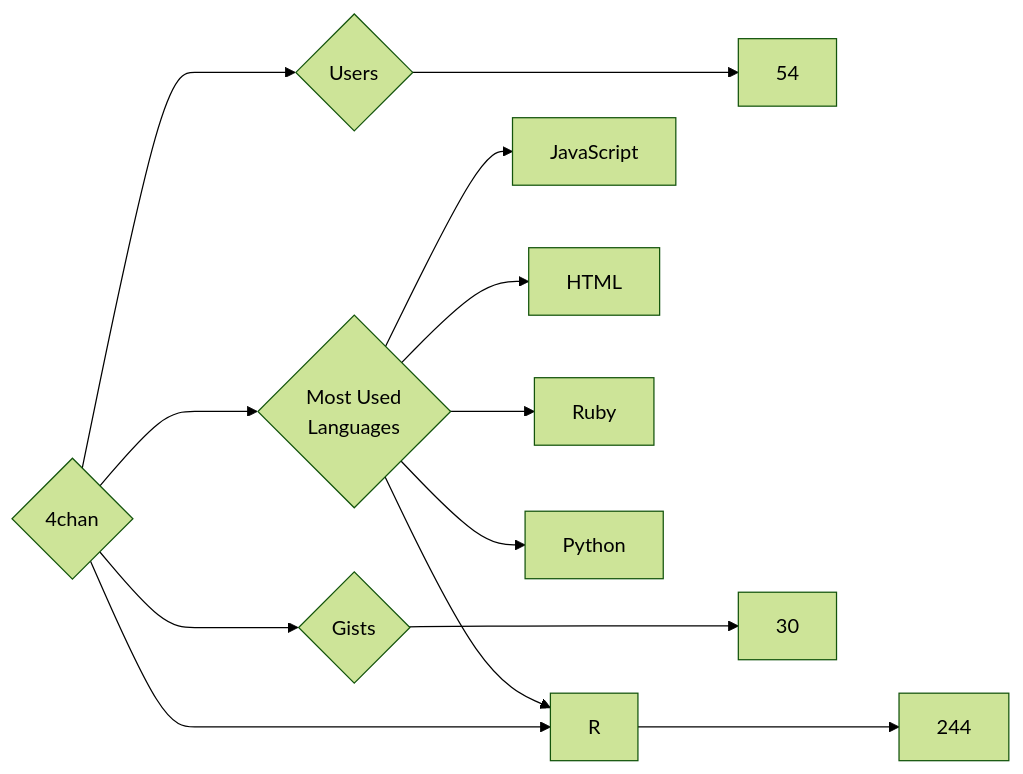
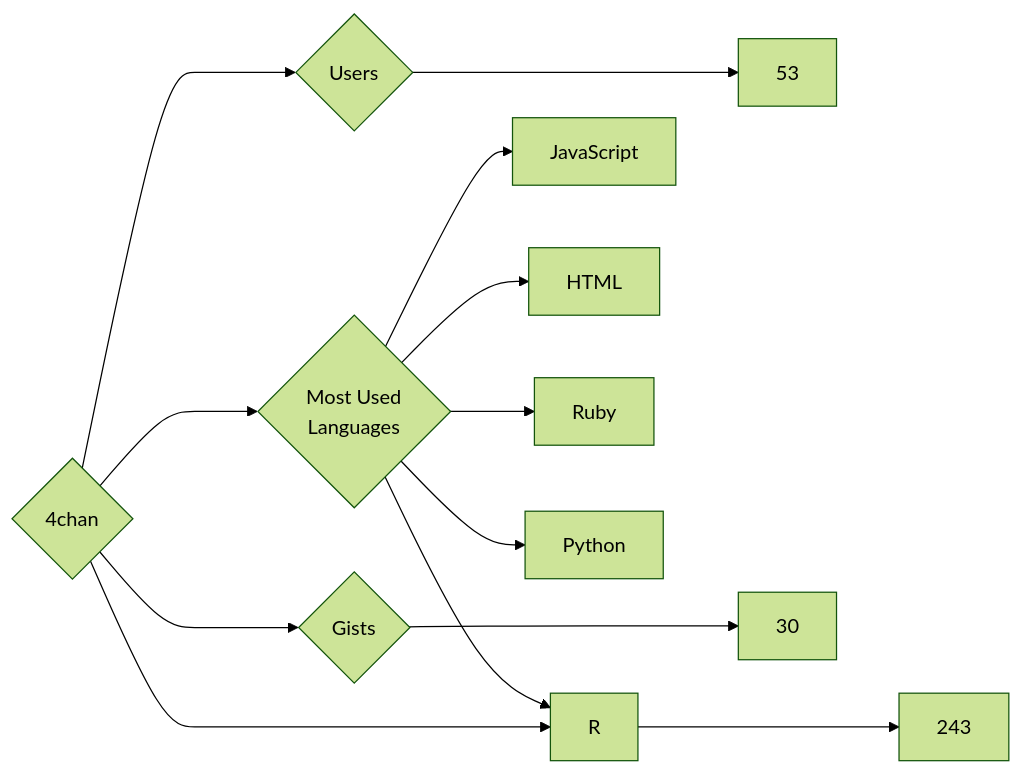
Before and after one commit to trickest/insiders: the diagram in targets/4chan/README.md, drawn with Mermaid (forest theme). The commit also changed 840 other files, not shown here.

````diff
--- a/targets/4chan/README.md
+++ b/targets/4chan/README.md
@@ -3,13 +3,13 @@
 ```mermaid
 graph LR
 COMPANY_NAME{4chan}
-COMPANY_NAME ---> U{Users} ---> UN[54]
-COMPANY_NAME ---> R{Repositories} ---> RN[244]
+COMPANY_NAME ---> U{Users} ---> UN[53]
+COMPANY_NAME ---> R{Repositories} ---> RN[243]
 COMPANY_NAME ---> G{Gists} ---> GN[30]
 COMPANY_NAME ---> ML{Most Used<br>Languages}
 ML --> JavaScript[JavaScript]
 ML --> HTML[HTML]
 ML --> Ruby[Ruby]
 ML --> Python[Python]
 ML --> R[R]
 ```
````
